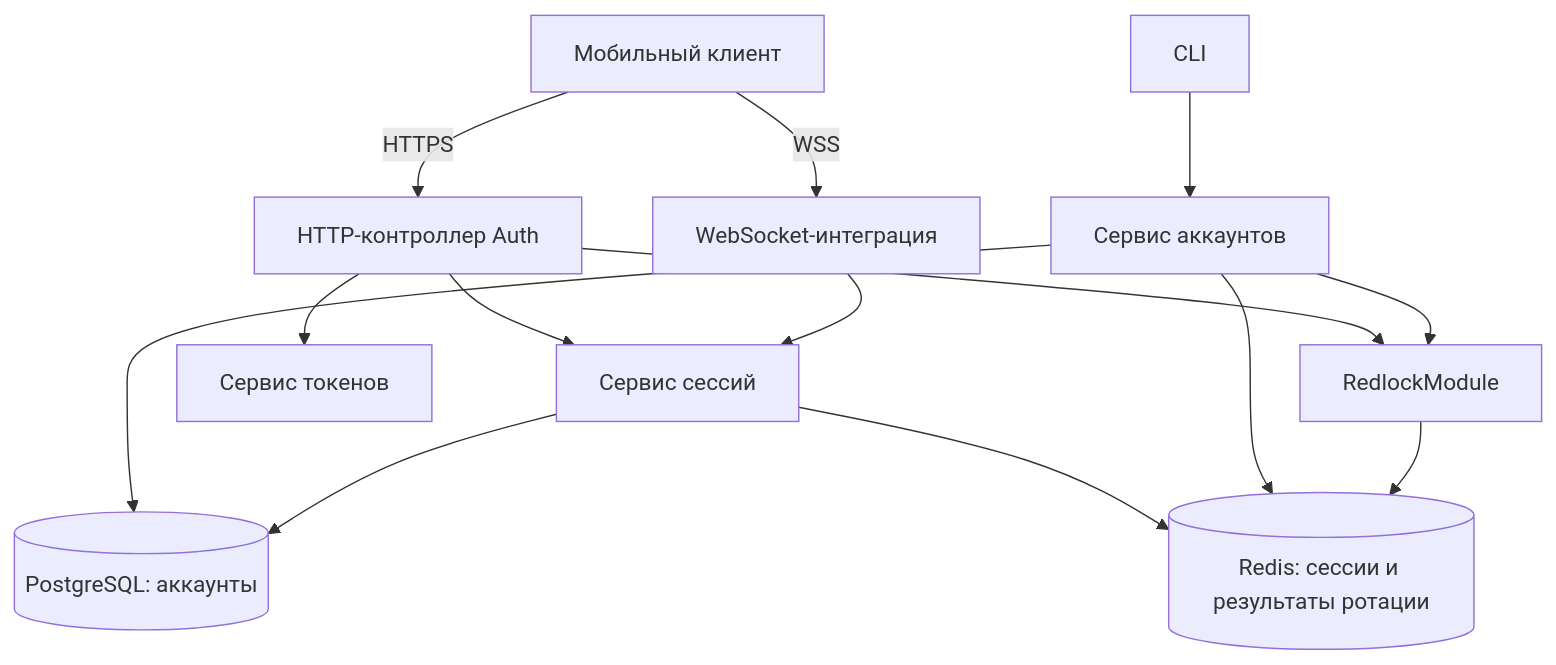
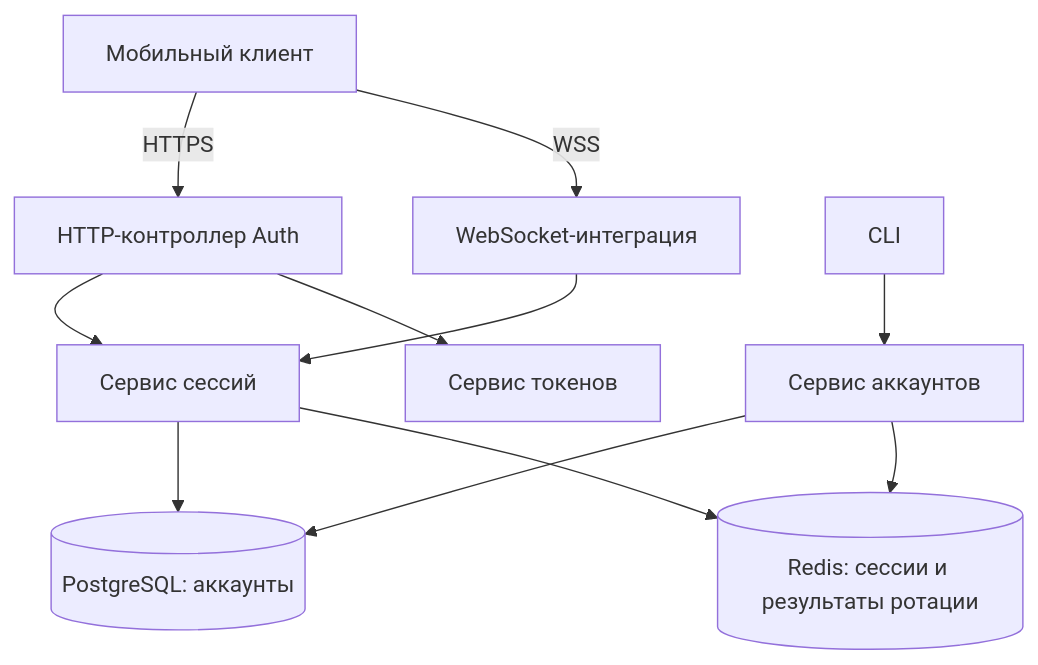
Before and after one commit to roga-i-kopita-js/GChat: the third of 3 diagrams in docs/backend/modules/auth.md, drawn with Mermaid. The commit also changed other lines of this file and 8 other files, not shown here.

````diff
--- a/docs/backend/modules/auth.md
+++ b/docs/backend/modules/auth.md
@@ -260,16 +261,13 @@
 ```mermaid
 flowchart TB
   C[Мобильный клиент] -->|HTTPS| H[HTTP-контроллер Auth]
   C -->|WSS| W[WebSocket-интеграция]
   CLI[CLI] --> A[Сервис аккаунтов]
   H --> S[Сервис сессий]
   H --> T[Сервис токенов]
   W --> S
   A --> P[(PostgreSQL: аккаунты)]
   S --> P
   S --> R[(Redis: сессии и результаты ротации)]
   A --> R
-  H --> L[RedlockModule]
-  A --> L
-  L --> R
 ```
````
